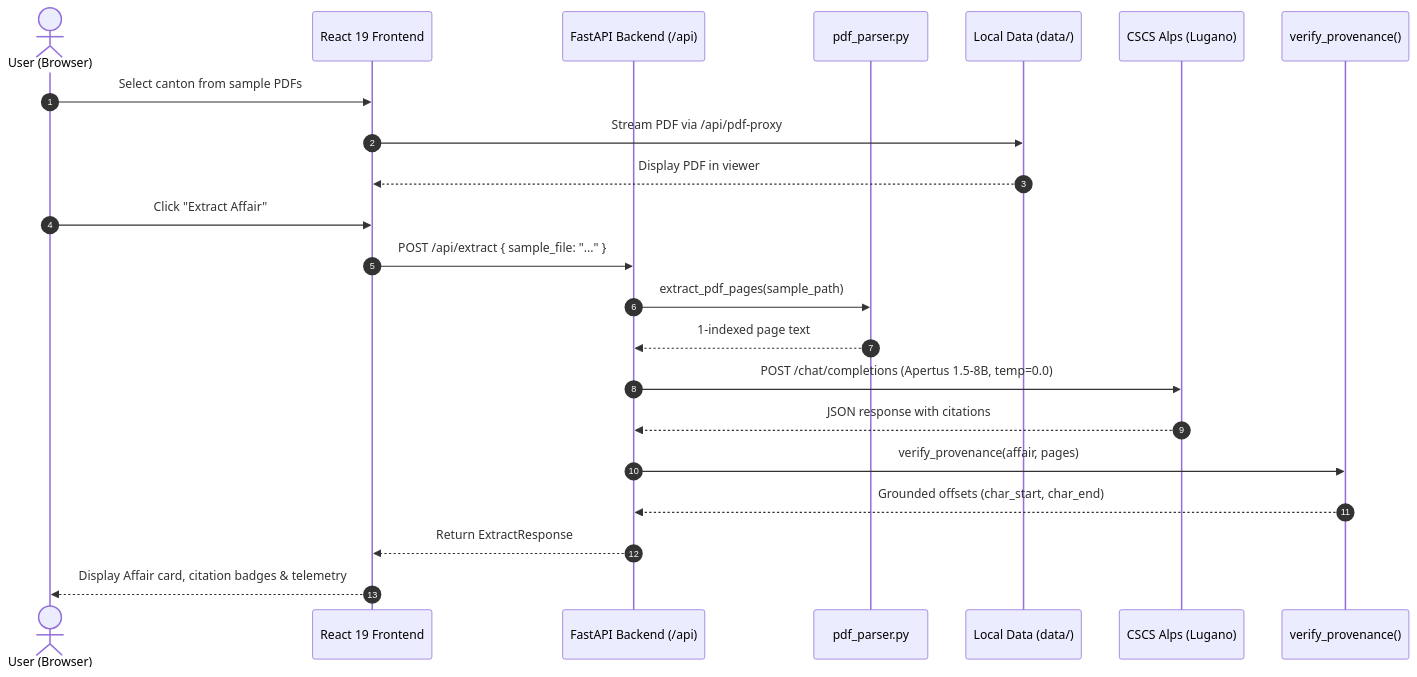
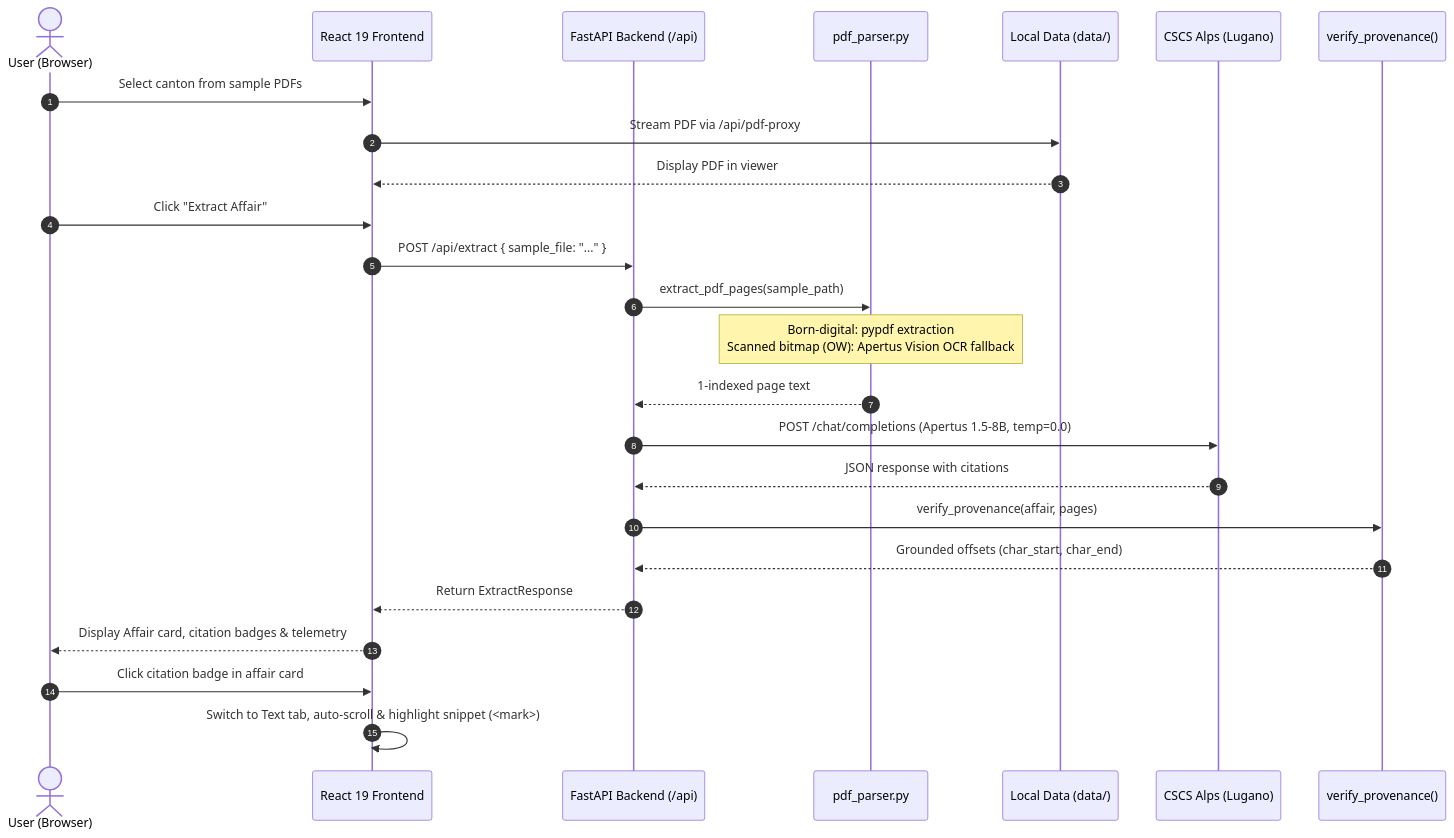
The third of 4 diagrams in track_2a/docs/architecture.md (vero-code/severin), drawn with Mermaid before and after one commit. The commit also changed other lines of this file and 4 other files, not shown here.

Commit message:
docs: synchronize benchmark, vision OCR architecture

````diff
--- a/track_2a/docs/architecture.md
+++ b/track_2a/docs/architecture.md
@@ -193,25 +200,28 @@
 ```mermaid
 sequenceDiagram
     autonumber
     actor User as User (Browser)
     participant UI as React 19 Frontend
     participant API as FastAPI Backend (/api)
     participant Parser as pdf_parser.py
     participant Disk as Local Data (data/)
     participant CSCS as CSCS Alps (Lugano)
     participant Verifier as verify_provenance()
 
     User->>UI: Select canton from sample PDFs
     UI->>Disk: Stream PDF via /api/pdf-proxy
     Disk-->>UI: Display PDF in viewer
     User->>UI: Click "Extract Affair"
     UI->>API: POST /api/extract { sample_file: "..." }
     API->>Parser: extract_pdf_pages(sample_path)
+    Note over Parser: Born-digital: pypdf extraction<br/>Scanned bitmap (OW): Apertus Vision OCR fallback
     Parser-->>API: 1-indexed page text
     API->>CSCS: POST /chat/completions (Apertus 1.5-8B, temp=0.0)
     CSCS-->>API: JSON response with citations
     API->>Verifier: verify_provenance(affair, pages)
     Verifier-->>API: Grounded offsets (char_start, char_end)
     API-->>UI: Return ExtractResponse
     UI-->>User: Display Affair card, citation badges & telemetry
+    User->>UI: Click citation badge in affair card
+    UI->>UI: Switch to Text tab, auto-scroll & highlight snippet (<mark>)
 ```
````
